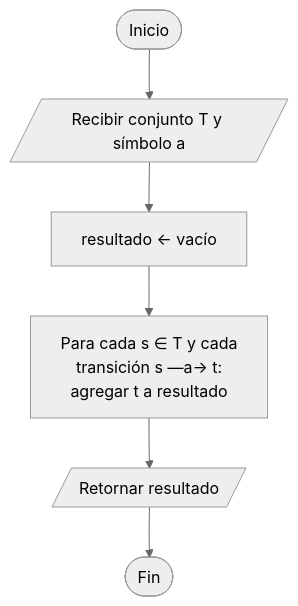
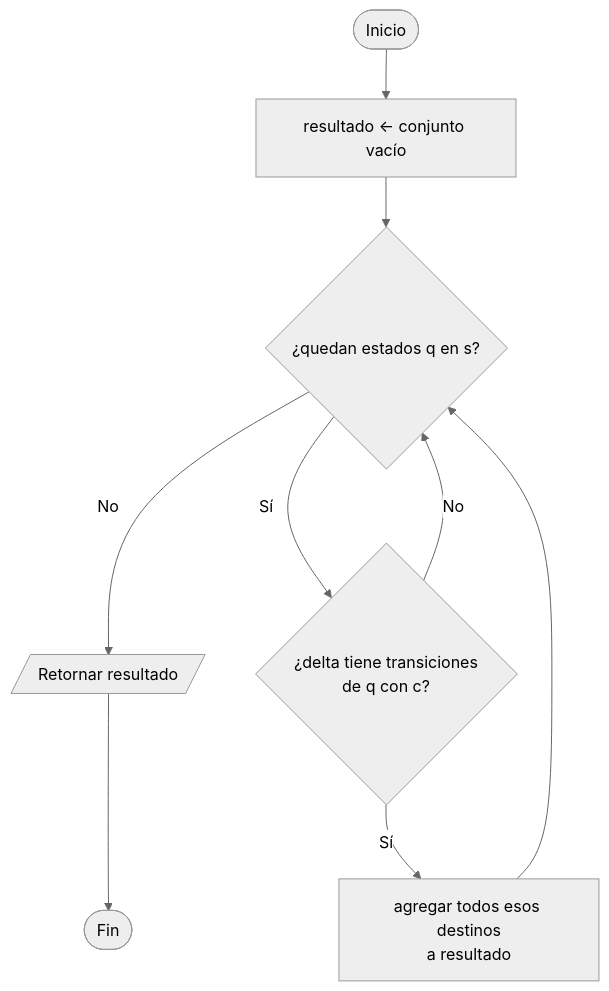
The second of 3 diagrams in docs/diagramas/04-subconjuntos.md (Leosanlo30/RegEx-to-DFA-Visualizer), drawn with Mermaid (neutral theme) before and after one commit. The commit also changed other lines of this file and 10 other files, not shown here.

Commit message:
docs: alinear diagramas de flujo con UML.md y REQUIREMENTS.md

````diff
--- a/docs/diagramas/04-subconjuntos.md
+++ b/docs/diagramas/04-subconjuntos.md
@@ -28,8 +28,11 @@
 ```mermaid
 flowchart TD
-    A([Inicio]) --> B[/Recibir conjunto T y símbolo a/]
-    B --> C[resultado ← vacío]
-    C --> D[Para cada s ∈ T y cada<br/>transición s —a→ t:<br/>agregar t a resultado]
-    D --> E[/Retornar resultado/]
-    E --> F([Fin])
+    A([Inicio]) --> B[resultado ← conjunto vacío]
+    B --> C{¿quedan estados q en s?}
+    C -- No --> R[/Retornar resultado/]
+    R --> Z([Fin])
+    C -- Sí --> D{¿delta tiene transiciones<br/>de q con c?}
+    D -- No --> C
+    D -- Sí --> E[agregar todos esos destinos<br/>a resultado]
+    E --> C
 ```
````
